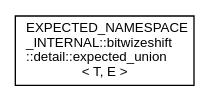
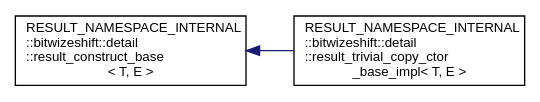
The diagram in api/latest/inherit_graph_11.dot (bitwizeshift/result), drawn with Graphviz before and after one commit. The commit also changed 431 other files, not shown here.

```diff
--- a/api/latest/inherit_graph_11.dot
+++ b/api/latest/inherit_graph_11.dot
@@ -1,7 +1,9 @@
 digraph "Graphical Class Hierarchy"
 {
   edge [fontname="Helvetica",fontsize="10",labelfontname="Helvetica",labelfontsize="10"];
   node [fontname="Helvetica",fontsize="10",shape=record];
   rankdir="LR";
-  Node0 [label="EXPECTED_NAMESPACE\l_INTERNAL::bitwizeshift\l::detail::expected_union\l\< T, E \>",height=0.2,width=0.4,color="black", fillcolor="white", style="filled",URL="$d6/d73/struct_e_x_p_e_c_t_e_d___n_a_m_e_s_p_a_c_e___i_n_t_e_r_n_a_l_1_1bitwizeshift_1_1detail_1_1expected__union.html"];
+  Node0 [label="RESULT_NAMESPACE_INTERNAL\l::bitwizeshift::detail\l::result_construct_base\l\< T, E \>",height=0.2,width=0.4,color="black", fillcolor="white", style="filled",URL="$d4/dc8/struct_r_e_s_u_l_t___n_a_m_e_s_p_a_c_e___i_n_t_e_r_n_a_l_1_1bitwizeshift_1_1detail_1_1result__construct__base.html",tooltip="Base class of assignment to enable construction and assignment. "];
+  Node0 -> Node1 [dir="back",color="midnightblue",fontsize="10",style="solid",fontname="Helvetica"];
+  Node1 [label="RESULT_NAMESPACE_INTERNAL\l::bitwizeshift::detail\l::result_trivial_copy_ctor\l_base_impl\< T, E \>",height=0.2,width=0.4,color="black", fillcolor="white", style="filled",URL="$d2/dcf/struct_r_e_s_u_l_t___n_a_m_e_s_p_a_c_e___i_n_t_e_r_n_a_l_1_1bitwizeshift_1_1detail_1_1result__trivial__copy__ctor__base__impl.html"];
 }
```
